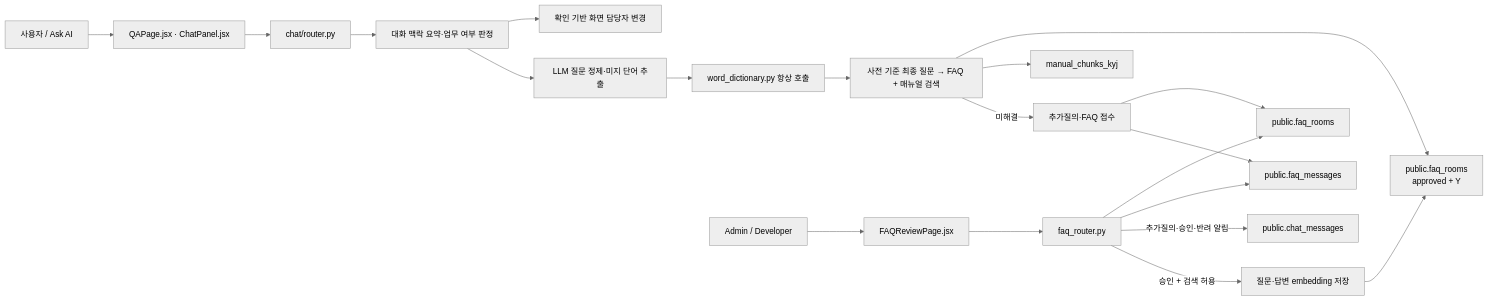
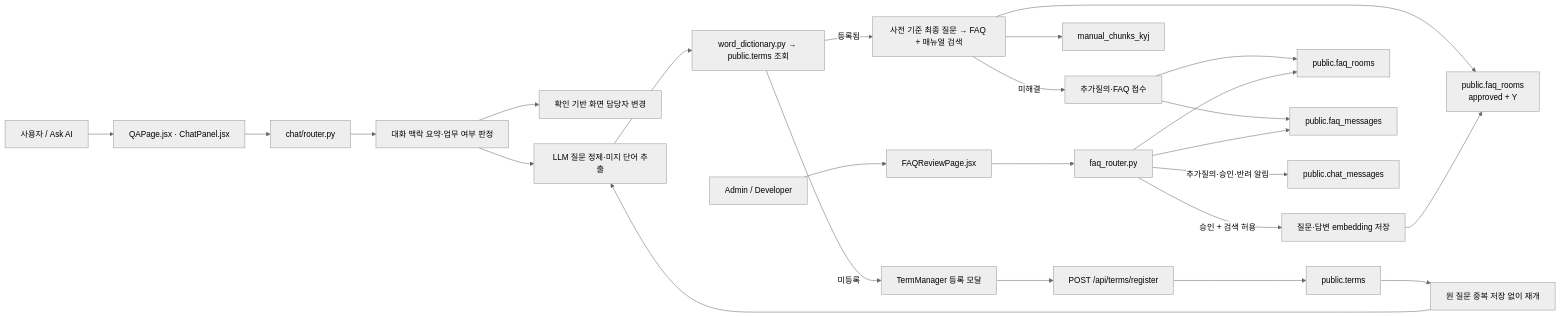
The first of 3 diagrams in README_kyj.md (hyunssu/AX_ATTACK), drawn with Mermaid (neutral theme) before and after one commit. The commit also changed other lines of this file, not shown here.

Commit message:
docs: update Ask AI and FAQ Review workflow

````diff
--- a/README_kyj.md
+++ b/README_kyj.md
@@ -21,22 +21,27 @@
 ```mermaid
 flowchart LR
     U["사용자 / Ask AI"] --> QP["QAPage.jsx · ChatPanel.jsx"]
     QP --> CR["chat/router.py"]
     CR --> CTX["대화 맥락 요약·업무 여부 판정"]
     CTX --> OWNER["확인 기반 화면 담당자 변경"]
     CTX --> PREP["LLM 질문 정제·미지 단어 추출"]
-    PREP --> DICT["word_dictionary.py 항상 호출"]
-    DICT --> KR["사전 기준 최종 질문 → FAQ + 매뉴얼 검색"]
+    PREP --> DICT["word_dictionary.py → public.terms 조회"]
+    DICT -->|등록됨| KR["사전 기준 최종 질문 → FAQ + 매뉴얼 검색"]
+    DICT -->|미등록| TM["TermManager 등록 모달"]
+    TM --> TERMAPI["POST /api/terms/register"]
+    TERMAPI --> TERMS["public.terms"]
+    TERMS --> RESUME["원 질문 중복 저장 없이 재개"]
+    RESUME --> PREP
     KR --> FR["public.faq_rooms\napproved + Y"]
     KR --> MR["manual_chunks_kyj"]
     KR -->|미해결| FI["추가질의·FAQ 접수"]
     FI --> FREQ["public.faq_rooms"]
     FI --> FMSG["public.faq_messages"]
     R["Admin / Developer"] --> FP["FAQReviewPage.jsx"]
     FP --> FAQAPI["faq_router.py"]
     FAQAPI --> FREQ
     FAQAPI --> FMSG
     FAQAPI -->|추가질의·승인·반려 알림| CM["public.chat_messages"]
     FAQAPI -->|승인 + 검색 허용| EMB["질문·답변 embedding 저장"]
     EMB --> FR
 ```
````
